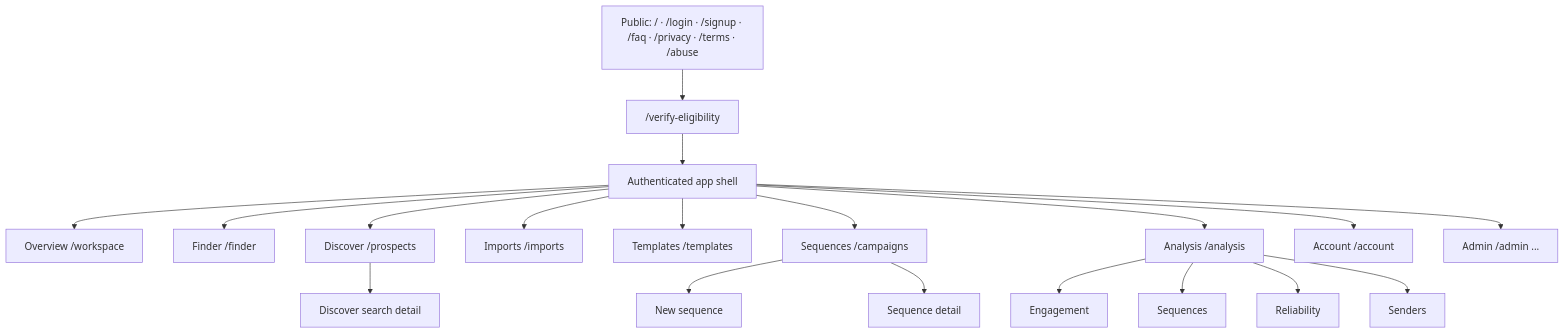
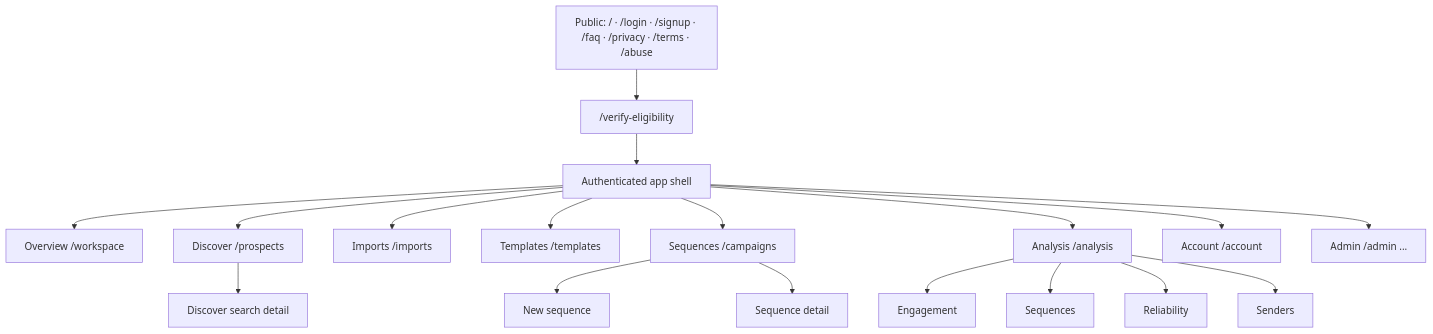
One commit to ka8540/Sendloom changed the first of 13 diagrams in DOCUMENTATION.md. Above: the diagram before and after it, drawn with Mermaid. The commit also changed other lines of this file and 1 other file, not shown here.

Commit message:
Document Finder and Hunter UI hold

````diff
--- a/DOCUMENTATION.md
+++ b/DOCUMENTATION.md
@@ -177,21 +177,20 @@
 ```mermaid
 flowchart TD
     Public["Public: / · /login · /signup · /faq · /privacy · /terms · /abuse"] --> Gate["/verify-eligibility"]
     Gate --> Shell["Authenticated app shell"]
     Shell --> OV["Overview /workspace"]
-    Shell --> FI["Finder /finder"]
     Shell --> DI["Discover /prospects"]
     DI --> DID["Discover search detail"]
     Shell --> IM["Imports /imports"]
     Shell --> TE["Templates /templates"]
     Shell --> SE["Sequences /campaigns"]
     SE --> SEN["New sequence"]
     SE --> SED["Sequence detail"]
     Shell --> AN["Analysis /analysis"]
     AN --> AN1["Engagement"]
     AN --> AN2["Sequences"]
     AN --> AN3["Reliability"]
     AN --> AN4["Senders"]
     Shell --> AC["Account /account"]
     Shell --> AD["Admin /admin ..."]
 ```
````
